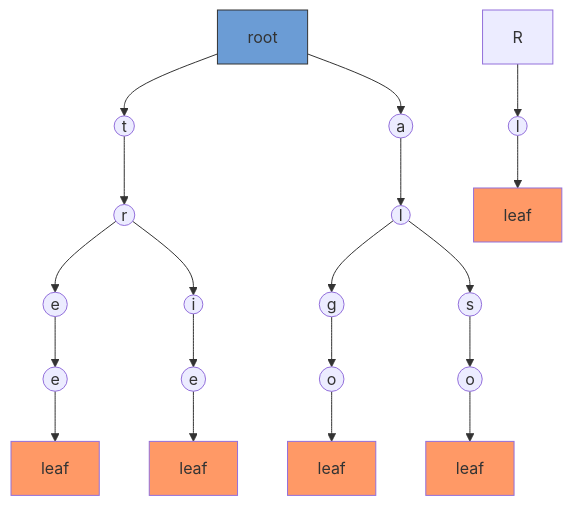
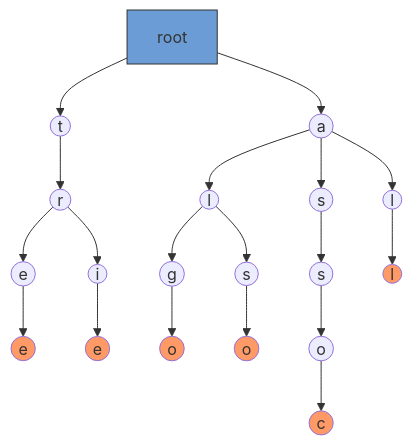
Before and after one commit to progcompuc/IIC2553-2022-2: the fourth of 4 diagrams in docs/notes/strings/trie_string.md, drawn with Mermaid. The commit also changed other lines of this file, not shown here.

````diff
--- a/docs/notes/strings/trie_string.md
+++ b/docs/notes/strings/trie_string.md
@@ -72,29 +81,30 @@
 ``` mermaid
 graph TD
     A[root] --> B((t))
     B --> C((r))
     C --> D((e))
     D --> E((e))
-    E --> F[leaf]
-    F:::leaf
+    E:::leaf
     C --> G((i))
     G --> H((e))
-    H --> I[leaf]
-    I:::leaf
+    H:::leaf
     A[root] --> J((a))
     J --> K((l))
     K --> L((g))
     L --> M((o))
-    M --> N[leaf]
-    N:::leaf
-    K --> O((s))
-    O --> P((o))
-    P --> Q[leaf]
-    Q:::leaf
-    R --> S((l))
-    S --> T[leaf]
-    T:::leaf
+    M:::leaf
+    J --> O((s))
+    O --> P((s))
+    P --> Q((o))
+    Q --> R((c))
+    R:::leaf
+    J --> T((l))
+    T --> U((l))
+    U:::leaf
+    K --> W((s))
+    W --> X((o))
+    X:::leaf
 
 style A fill:#6b9cd5,stroke:#333
 classDef leaf fill:#f96;
 ```
````
